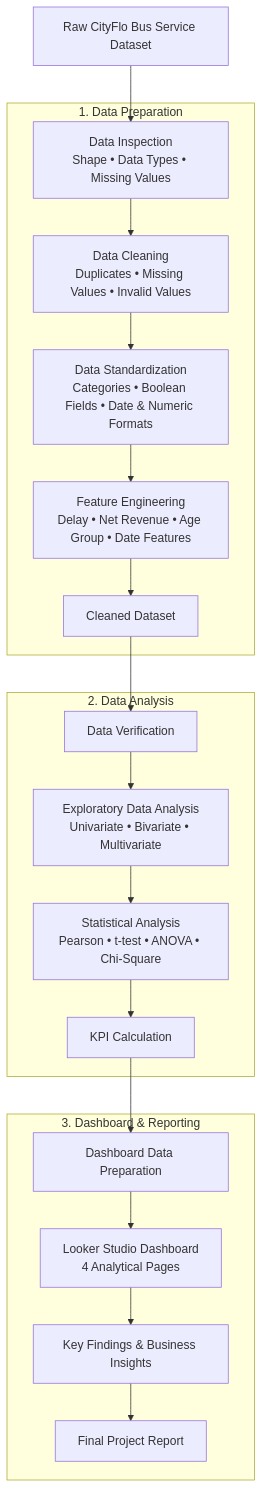
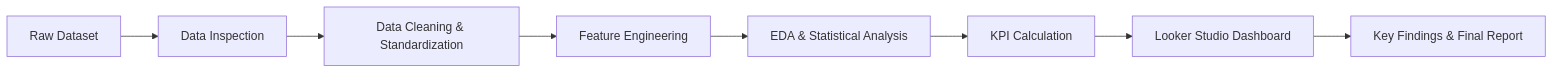
The diagram in README.md (Rosmi2508/CityFlo-Bus-Service-Analytics), drawn with Mermaid before and after one commit. The commit also changed other lines of this file, not shown here.

````diff
--- a/README.md
+++ b/README.md
@@ -41,41 +46,10 @@
 ```mermaid
-flowchart TD
-
-    A[Raw CityFlo Bus Service Dataset]
-
-    subgraph P1["1. Data Preparation"]
-        B[Data Inspection<br/>Shape • Data Types • Missing Values]
-        C[Data Cleaning<br/>Duplicates • Missing Values • Invalid Values]
-        D[Data Standardization<br/>Categories • Boolean Fields • Date & Numeric Formats]
-        E[Feature Engineering<br/>Delay • Net Revenue • Age Group • Date Features]
-        F[Cleaned Dataset]
-    end
-
-    subgraph P2["2. Data Analysis"]
-        G[Data Verification]
-        H[Exploratory Data Analysis<br/>Univariate • Bivariate • Multivariate]
-        I[Statistical Analysis<br/>Pearson • t-test • ANOVA • Chi-Square]
-        J[KPI Calculation]
-    end
-
-    subgraph P3["3. Dashboard & Reporting"]
-        K[Dashboard Data Preparation]
-        L[Looker Studio Dashboard<br/>4 Analytical Pages]
-        M[Key Findings & Business Insights]
-        N[Final Project Report]
-    end
-
-    A --> B
-    B --> C
-    C --> D
-    D --> E
-    E --> F
-    F --> G
-    G --> H
-    H --> I
-    I --> J
-    J --> K
-    K --> L
-    L --> M
-    M --> N
+flowchart LR
+    A[Raw Dataset] --> B[Data Inspection]
+    B --> C[Data Cleaning & Standardization]
+    C --> D[Feature Engineering]
+    D --> E[EDA & Statistical Analysis]
+    E --> F[KPI Calculation]
+    F --> G[Looker Studio Dashboard]
+    G --> H[Key Findings & Final Report]
 ```
````
